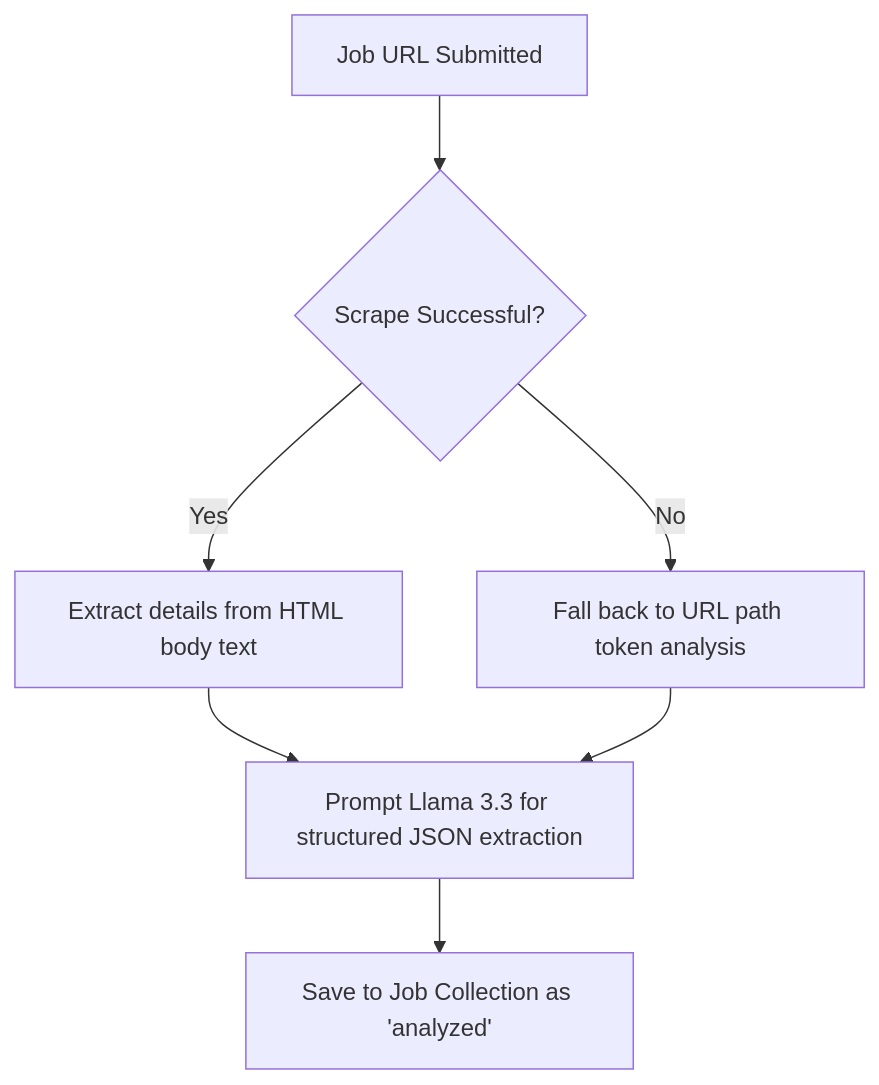
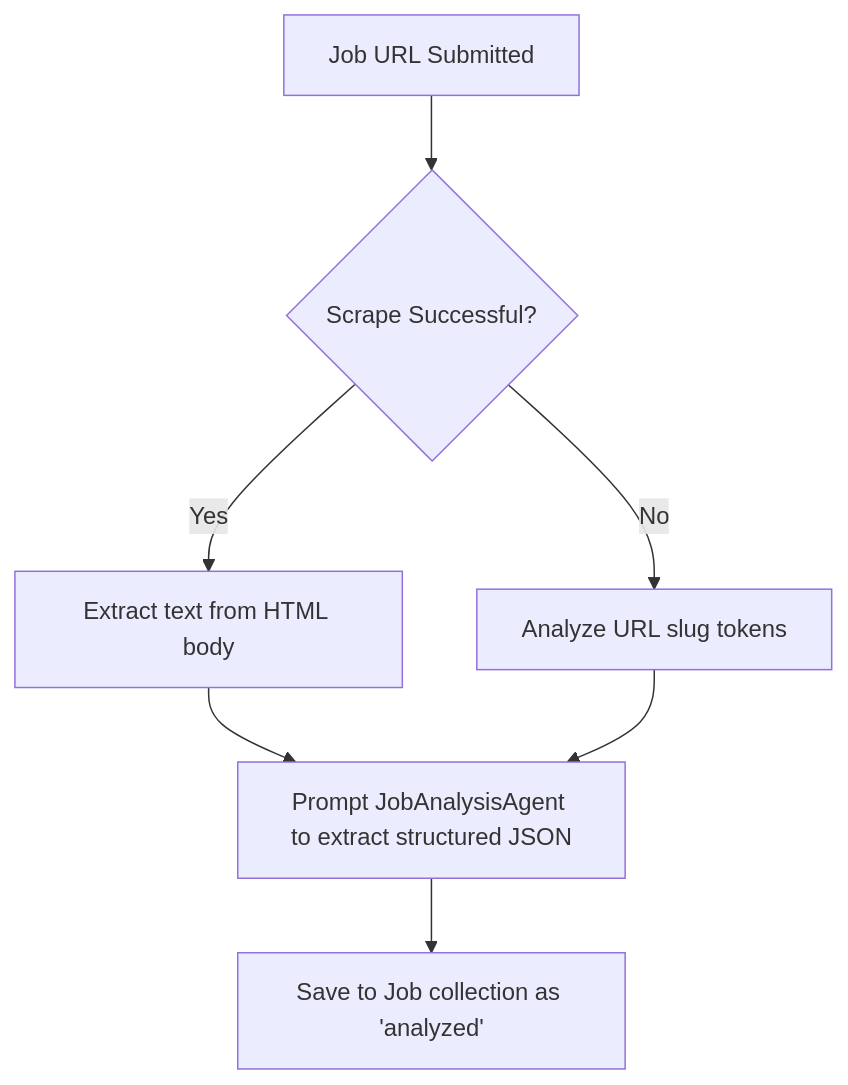
One commit to tamal006/cold-email-ai-agent changed the first of 3 diagrams in docs/FEATURE_DOCUMENTATION.md. Above: the diagram before and after it, drawn with Mermaid. The commit also changed other lines of this file and 107 other files, not shown here.

````diff
--- a/docs/FEATURE_DOCUMENTATION.md
+++ b/docs/FEATURE_DOCUMENTATION.md
@@ -11,9 +11,9 @@
   ```mermaid
   graph TD
       A[Job URL Submitted] --> B{Scrape Successful?}
-      B -->|Yes| C[Extract details from HTML body text]
-      B -->|No| D[Fall back to URL path token analysis]
-      C --> E[Prompt Llama 3.3 for structured JSON extraction]
+      B -->|Yes| C[Extract text from HTML body]
+      B -->|No| D[Analyze URL slug tokens]
+      C --> E[Prompt JobAnalysisAgent to extract structured JSON]
       D --> E
-      E --> F[Save to Job Collection as 'analyzed']
+      E --> F[Save to Job collection as 'analyzed']
   ```
````
